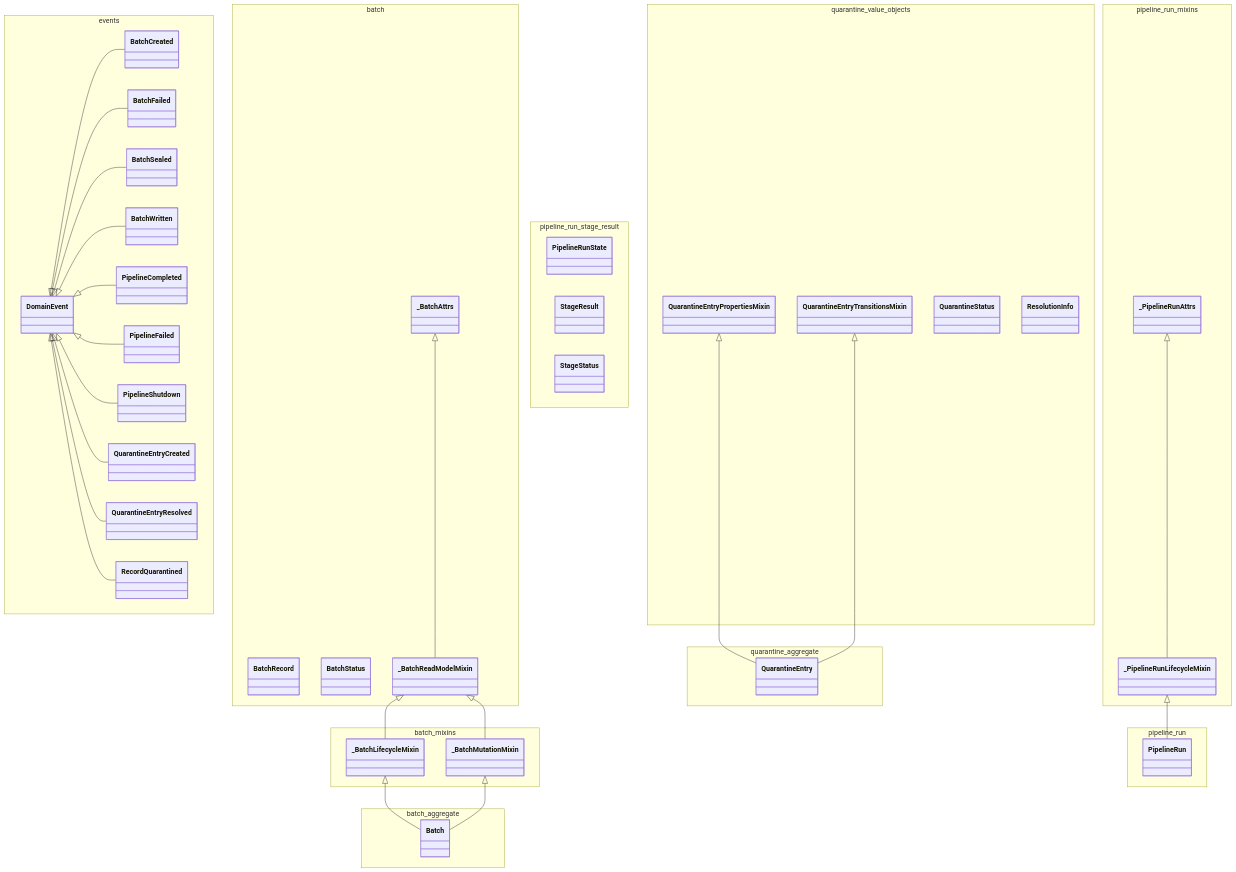
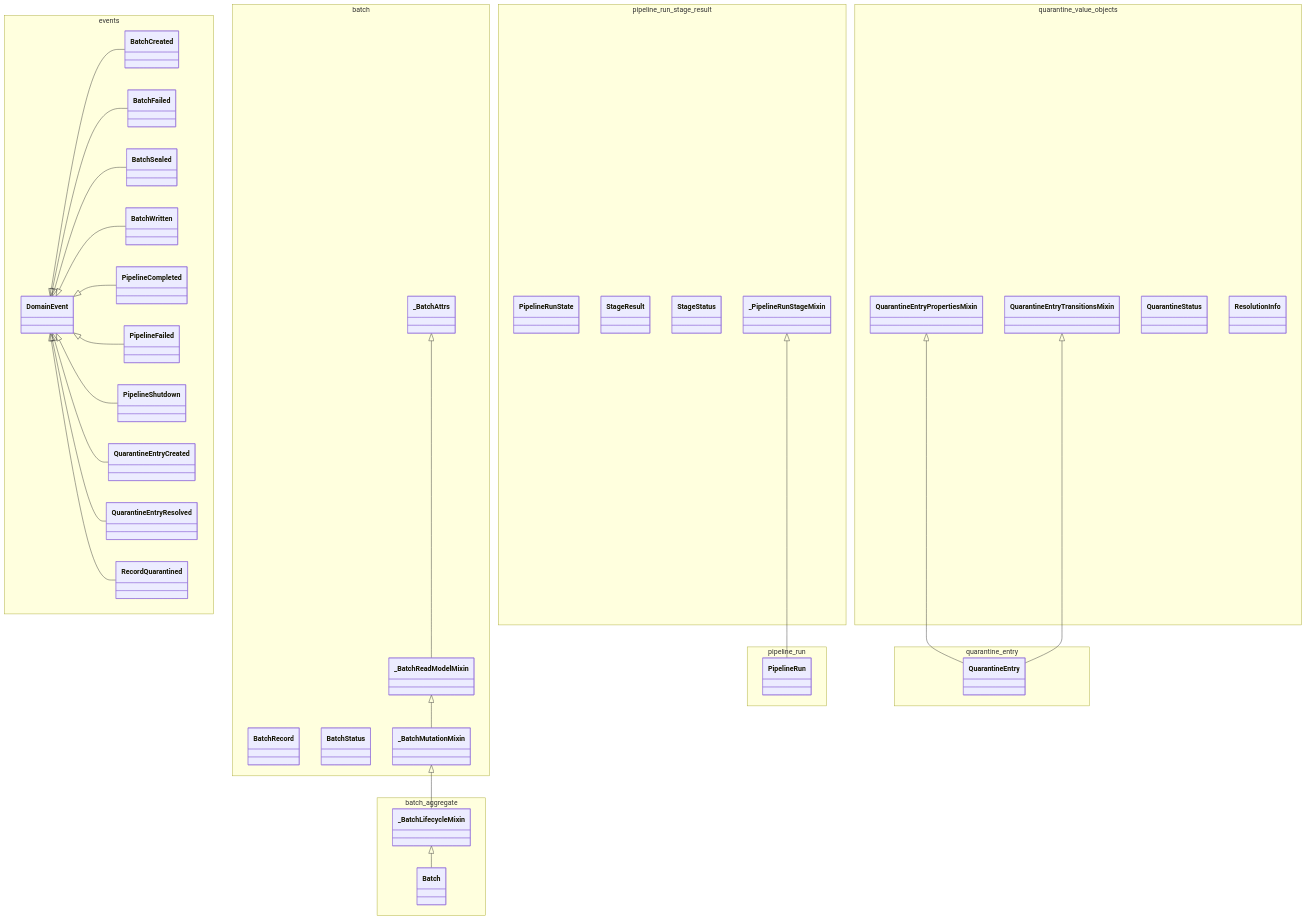
One commit to SatoryKono/BioactivityDataAcquisition changed the diagram in docs/02-architecture/diagrams/class-diagrams/90-pkg-domain-aggregates.mmd. Above: the diagram before and after it, drawn with Mermaid. The commit also changed 45 other files, not shown here.

First line of the commit message:
fix(arch): fold domain aggregate helpers to 8 modules (#10305) (#10324)

```diff
--- a/docs/02-architecture/diagrams/class-diagrams/90-pkg-domain-aggregates.mmd
+++ b/docs/02-architecture/diagrams/class-diagrams/90-pkg-domain-aggregates.mmd
@@ -1,86 +1,77 @@
 %% Title: Package Family: domain/aggregates
-%% Covers: AST-derived supplemental package-family inventory for src/bioetl/domain/aggregates; modules: events, _quarantine_value_objects, batch, pipeline_run_stage_result, _batch_mixins, _pipeline_run_mixins.
+%% Covers: AST-derived supplemental package-family inventory for src/bioetl/domain/aggregates; modules: events, batch, _quarantine_value_objects, pipeline_run_stage_result, _batch_aggregate, pipeline_run.
 %% Components: top-level classes grouped by source module.
 %% @version 1.0.0
 %% @type    classDiagram
-%% @date    2026-09-02
+%% @date    2026-09-10
 %% @level   Package Family / Inventory Slice
-%% @nodes   29
+%% @nodes   28
 %% @reference Generated supplemental package-family diagram. Curated class-summary remains narrative-only.
 classDiagram
 
     namespace events {
         class BatchCreated
         class BatchFailed
         class BatchSealed
         class BatchWritten
         class DomainEvent
         class PipelineCompleted
         class PipelineFailed
         class PipelineShutdown
         class QuarantineEntryCreated
         class QuarantineEntryResolved
         class RecordQuarantined
     }
 
+    namespace batch {
+        class BatchRecord
+        class BatchStatus
+        class _BatchAttrs
+        class _BatchMutationMixin
+        class _BatchReadModelMixin
+    }
+
     namespace quarantine_value_objects {
         class QuarantineEntryPropertiesMixin
         class QuarantineEntryTransitionsMixin
         class QuarantineStatus
         class ResolutionInfo
     }
 
-    namespace batch {
-        class BatchRecord
-        class BatchStatus
-        class _BatchAttrs
-        class _BatchReadModelMixin
-    }
-
     namespace pipeline_run_stage_result {
         class PipelineRunState
         class StageResult
         class StageStatus
-    }
-
-    namespace batch_mixins {
-        class _BatchLifecycleMixin
-        class _BatchMutationMixin
-    }
-
-    namespace pipeline_run_mixins {
-        class _PipelineRunAttrs
-        class _PipelineRunLifecycleMixin
+        class _PipelineRunStageMixin
     }
 
     namespace batch_aggregate {
         class Batch
-    }
-
-    namespace quarantine_aggregate {
-        class QuarantineEntry
+        class _BatchLifecycleMixin
     }
 
     namespace pipeline_run {
         class PipelineRun
+    }
+
+    namespace quarantine_entry {
+        class QuarantineEntry
     }
 
     DomainEvent <|-- BatchCreated
     DomainEvent <|-- BatchFailed
     DomainEvent <|-- BatchSealed
     DomainEvent <|-- BatchWritten
     DomainEvent <|-- PipelineCompleted
     DomainEvent <|-- PipelineFailed
     DomainEvent <|-- PipelineShutdown
     DomainEvent <|-- QuarantineEntryCreated
     DomainEvent <|-- QuarantineEntryResolved
     DomainEvent <|-- RecordQuarantined
     QuarantineEntryPropertiesMixin <|-- QuarantineEntry
     QuarantineEntryTransitionsMixin <|-- QuarantineEntry
     _BatchAttrs <|-- _BatchReadModelMixin
     _BatchLifecycleMixin <|-- Batch
-    _BatchMutationMixin <|-- Batch
-    _BatchReadModelMixin <|-- _BatchLifecycleMixin
+    _BatchMutationMixin <|-- _BatchLifecycleMixin
     _BatchReadModelMixin <|-- _BatchMutationMixin
-    _PipelineRunAttrs <|-- _PipelineRunLifecycleMixin
-    _PipelineRunLifecycleMixin <|-- PipelineRun
+    _PipelineRunStageMixin <|-- PipelineRun
```
